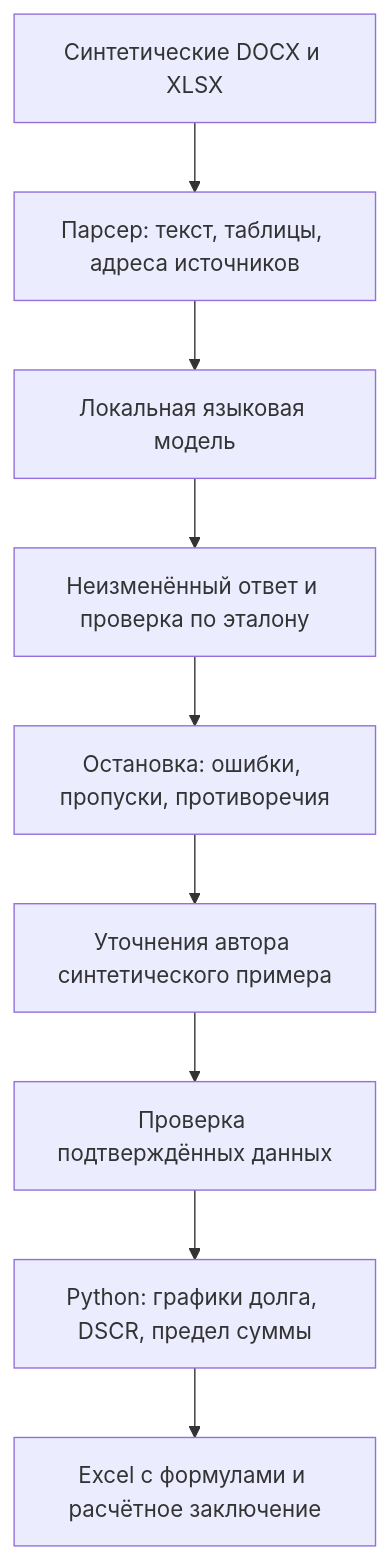
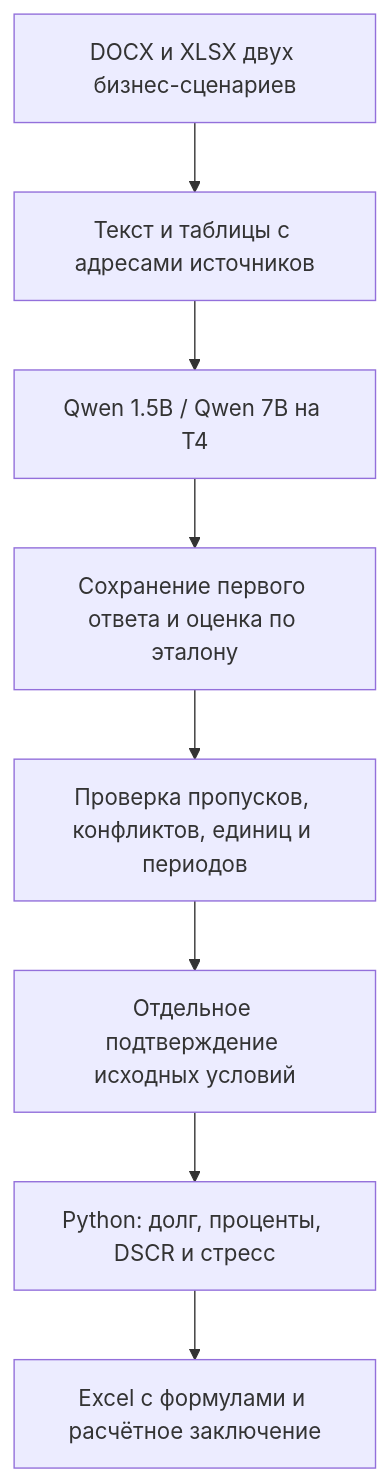
One commit to Egorich51/project-finance-ai-case changed the diagram in README.md. Above: the diagram before and after it, drawn with Mermaid. The commit also changed other lines of this file and 30 other files, not shown here.

````diff
--- a/README.md
+++ b/README.md
@@ -33,11 +40,10 @@
 ```mermaid
 flowchart TD
-    A["Синтетические DOCX и XLSX"] --> B["Парсер: текст, таблицы, адреса источников"]
-    B --> C["Локальная языковая модель"]
-    C --> D["Неизменённый ответ и проверка по эталону"]
-    D --> E["Остановка: ошибки, пропуски, противоречия"]
-    E --> F["Уточнения автора синтетического примера"]
-    F --> G["Проверка подтверждённых данных"]
-    G --> H["Python: графики долга, DSCR, предел суммы"]
-    H --> I["Excel с формулами и расчётное заключение"]
+    A["DOCX и XLSX двух бизнес-сценариев"] --> B["Текст и таблицы с адресами источников"]
+    B --> C["Qwen 1.5B / Qwen 7B на T4"]
+    C --> D["Сохранение первого ответа и оценка по эталону"]
+    D --> E["Проверка пропусков, конфликтов, единиц и периодов"]
+    E --> F["Отдельное подтверждение исходных условий"]
+    F --> G["Python: долг, проценты, DSCR и стресс"]
+    G --> H["Excel с формулами и расчётное заключение"]
 ```
````
